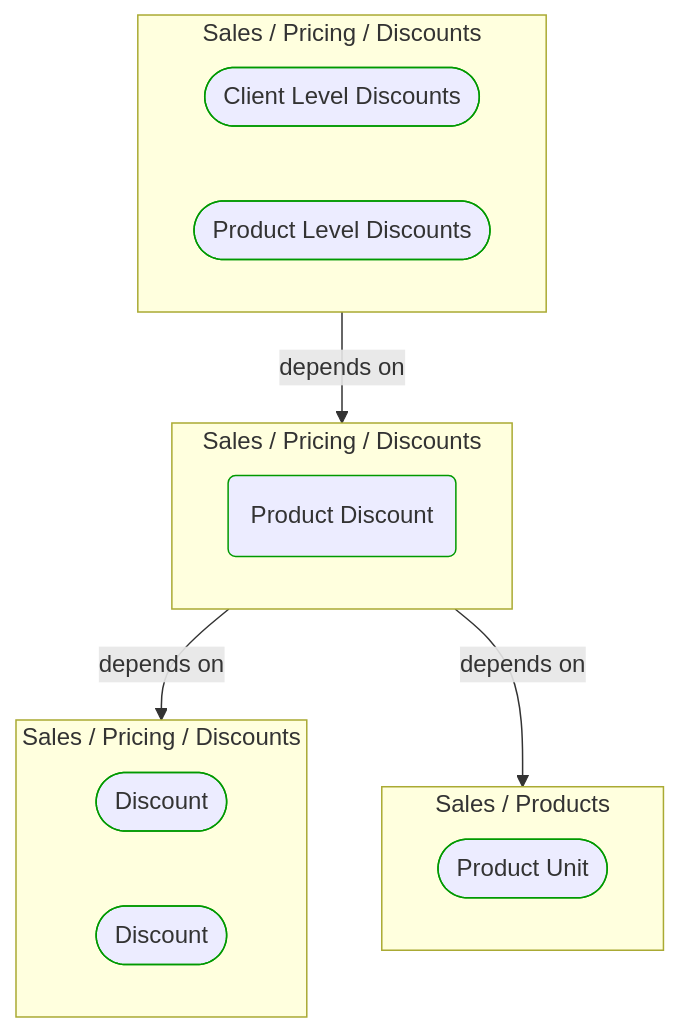
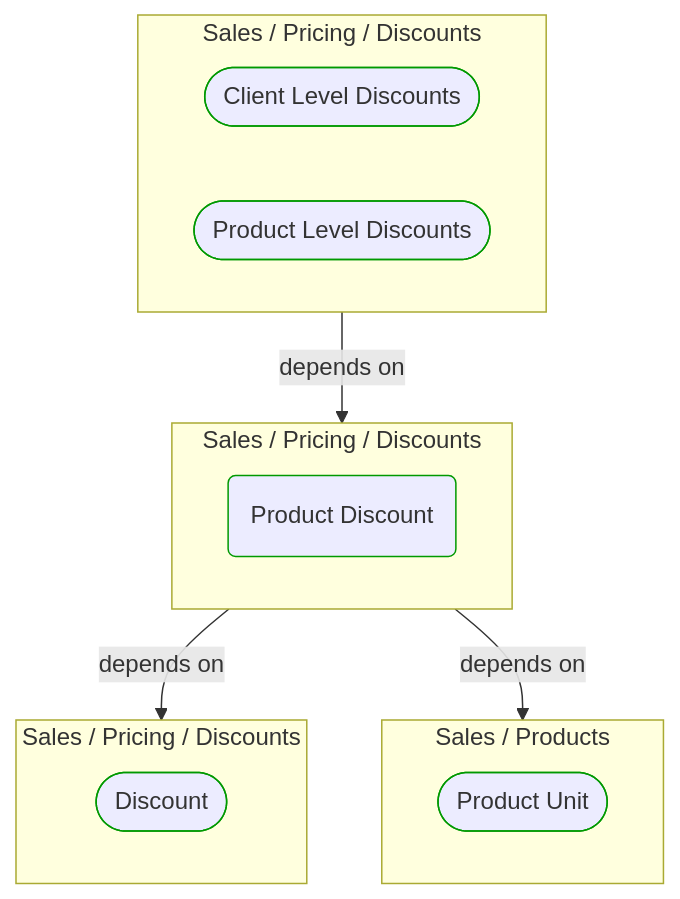
One commit to itlibrium/DDD-starter-dotnet changed the diagram in Docs/P3/MermaidOutput/Domain/Concepts/Sales/Pricing/Discounts/ProductDiscount.md. Above: the diagram before and after it, drawn with Mermaid. The commit also changed other lines of this file and 102 other files, not shown here.

````diff
--- a/Docs/P3/MermaidOutput/Domain/Concepts/Sales/Pricing/Discounts/ProductDiscount.md
+++ b/Docs/P3/MermaidOutput/Domain/Concepts/Sales/Pricing/Discounts/ProductDiscount.md
@@ -20,29 +20,27 @@
 ```mermaid
   flowchart TB
     subgraph 0["Sales / Pricing / Discounts"]
       1([Client Level Discounts])
       class 1 DomainPerspective
       2([Product Level Discounts])
       class 2 DomainPerspective
     end
     subgraph 3["Sales / Pricing / Discounts"]
       4(Product Discount)
       class 4 DomainPerspective
     end
     subgraph 5["Sales / Pricing / Discounts"]
       6([Discount])
       class 6 DomainPerspective
-      7([Discount])
-      class 7 DomainPerspective
     end
-    subgraph 8["Sales / Products"]
-      9([Product Unit])
-      class 9 DomainPerspective
+    subgraph 7["Sales / Products"]
+      8([Product Unit])
+      class 8 DomainPerspective
     end
     0-->|depends on|3
     3-->|depends on|5
-    3-->|depends on|8
+    3-->|depends on|7
     classDef DomainPerspective stroke:#009900
     classDef TechnologyPerspective stroke:#1F41EB
     classDef PeoplePerspective stroke:#FFF014
 ```
````
